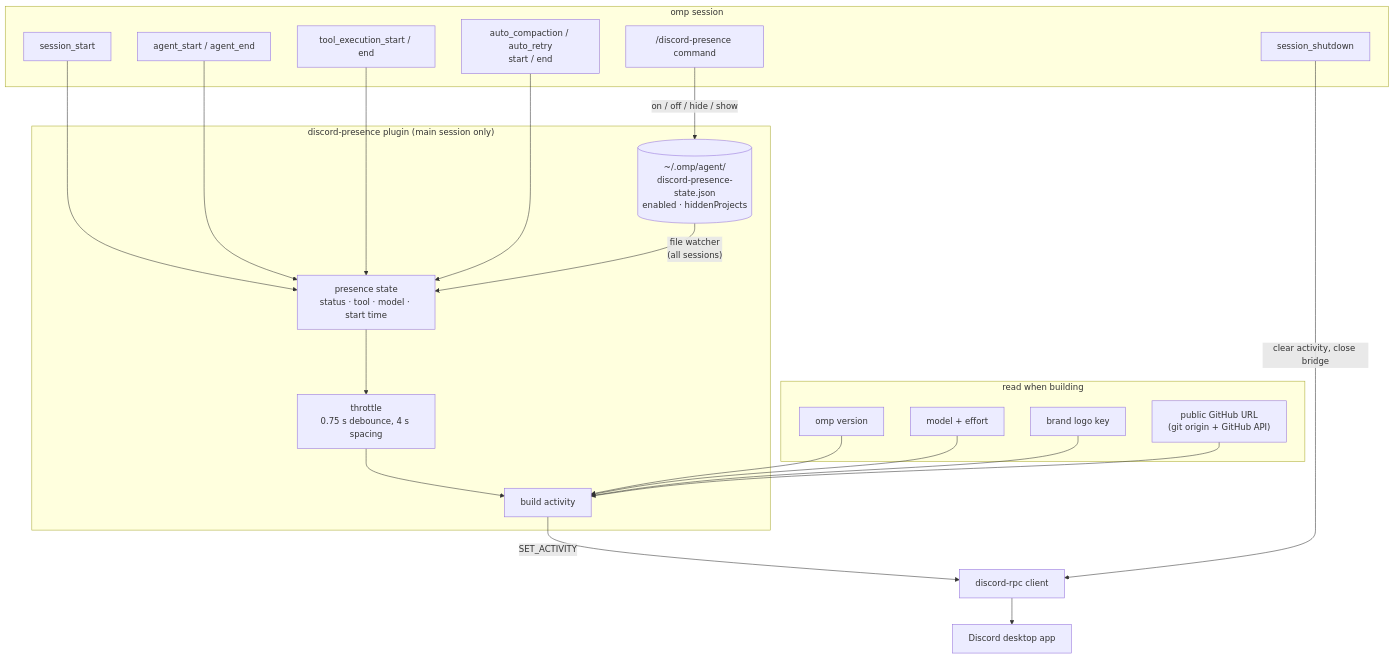
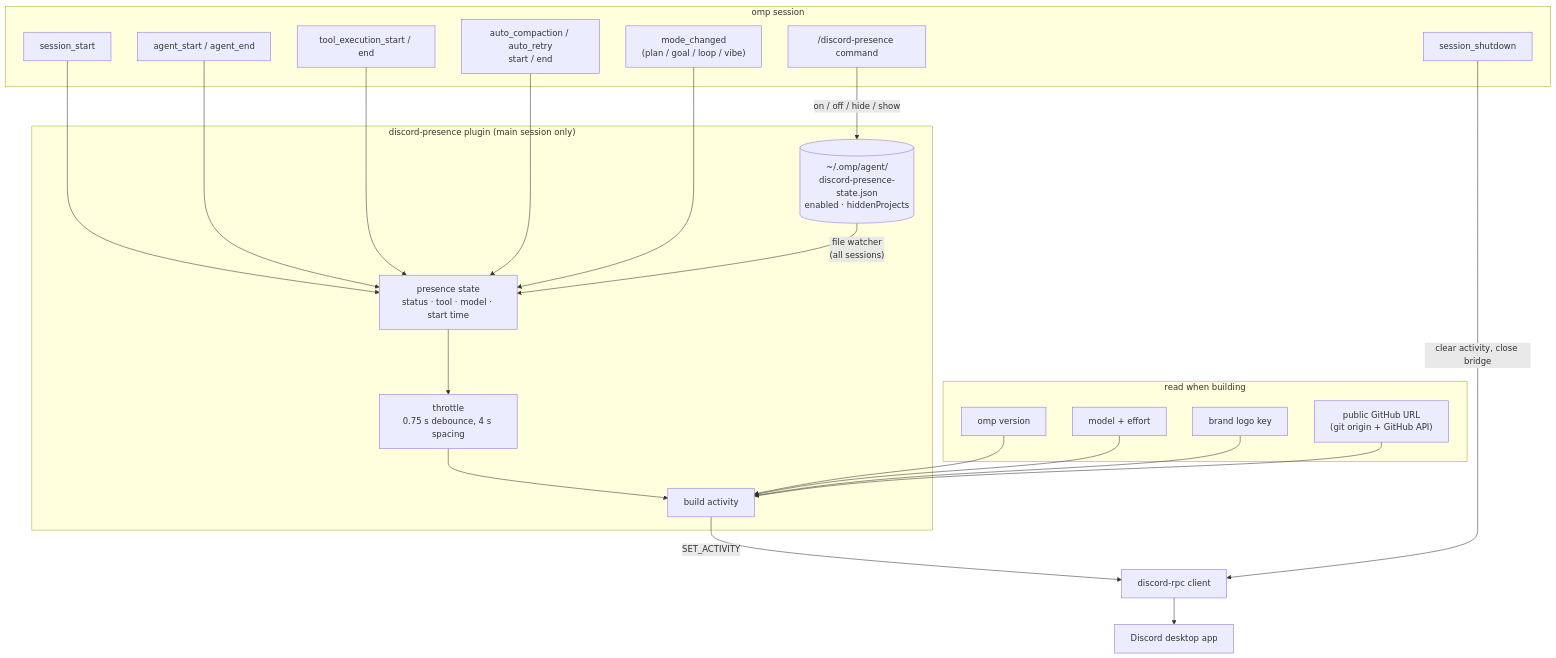
Before and after one commit to hiiruki/omp-discord-presence: the first of 3 diagrams in README.md, drawn with Mermaid. The commit also changed other lines of this file and 1 other file, not shown here.

````diff
--- a/README.md
+++ b/README.md
@@ -80,34 +82,35 @@
 ```mermaid
 flowchart TD
     subgraph omp["omp session"]
         E1["session_start"]
         E2["agent_start / agent_end"]
         E3["tool_execution_start / end"]
         E6["auto_compaction / auto_retry<br/>start / end"]
+        E7["mode_changed<br/>(plan / goal / loop / vibe)"]
         E4["/discord-presence command"]
         E5["session_shutdown"]
     end
 
     subgraph plugin["discord-presence plugin (main session only)"]
         P["presence state<br/>status · tool · model · start time"]
         S[("~/.omp/agent/<br/>discord-presence-state.json<br/>enabled · hiddenProjects")]
         T["throttle<br/>0.75 s debounce, 4 s spacing"]
         B["build activity"]
     end
 
     subgraph inputs["read when building"]
         V["omp version"]
         M["model + effort"]
         L["brand logo key"]
         G["public GitHub URL<br/>(git origin + GitHub API)"]
     end
 
-    E1 & E2 & E3 & E6 --> P
+    E1 & E2 & E3 & E6 & E7 --> P
     E4 -- "on / off / hide / show" --> S
     S -- "file watcher<br/>(all sessions)" --> P
     P --> T --> B
     V & M & L & G --> B
     B -- "SET_ACTIVITY" --> RPC["discord-rpc client"]
     RPC --> D["Discord desktop app"]
     E5 -- "clear activity, close bridge" --> RPC
 ```
````
